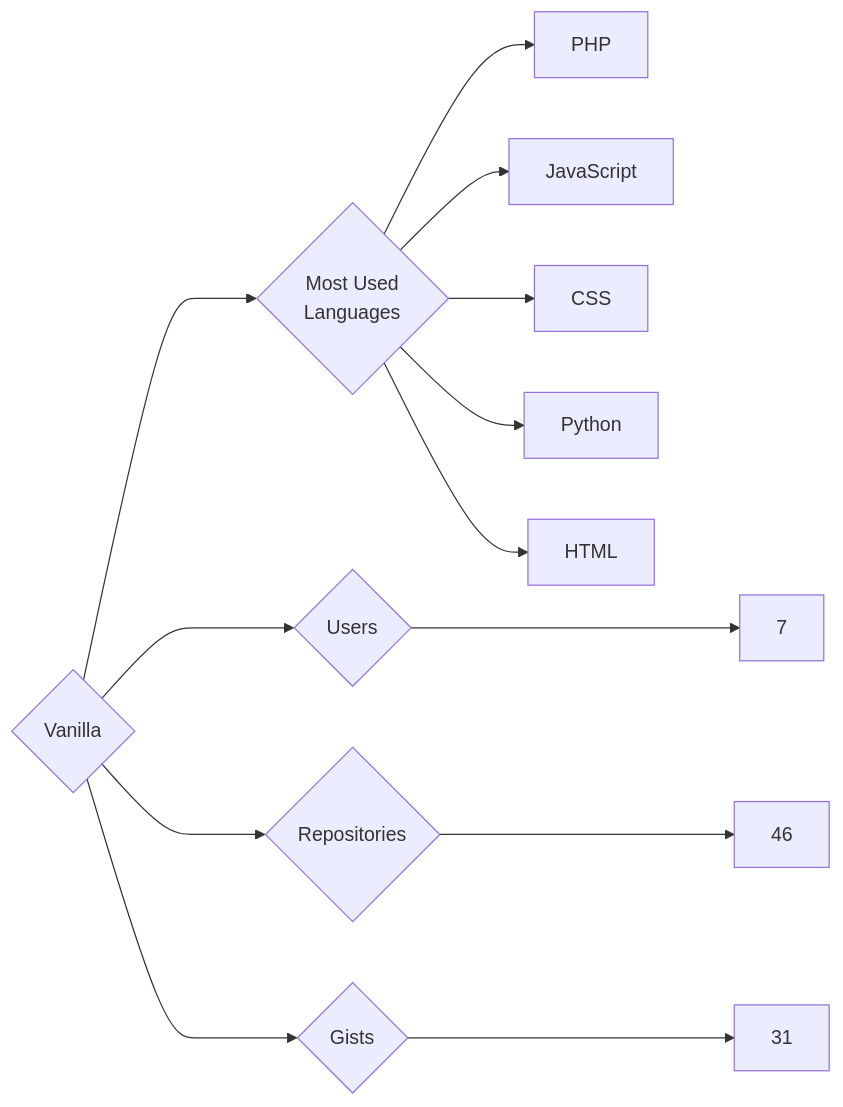
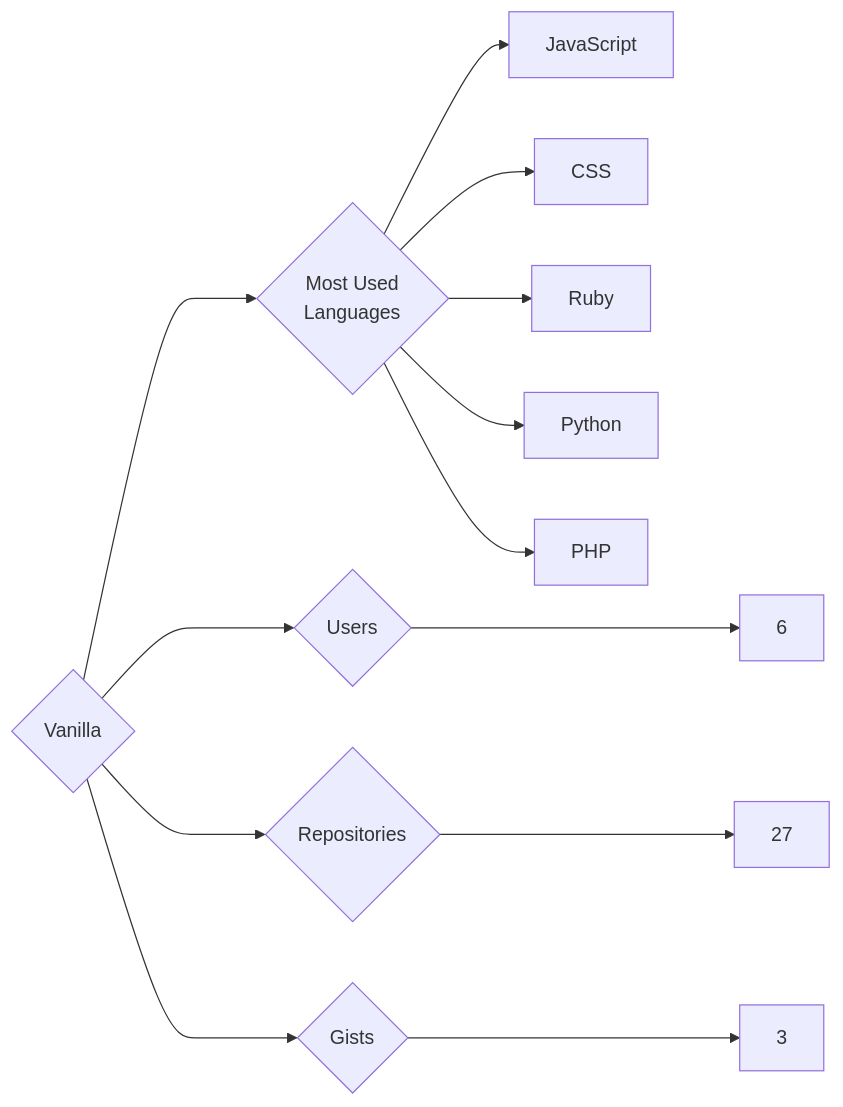
One commit to trickest/insiders changed the diagram in targets/Vanilla/README.md. Above: the diagram before and after it, drawn with Mermaid. The commit also changed 797 other files, not shown here.

````diff
--- a/targets/Vanilla/README.md
+++ b/targets/Vanilla/README.md
@@ -3,13 +3,13 @@
 ```mermaid
 graph LR
 COMPANY_NAME{Vanilla}
-COMPANY_NAME ---> U{Users} ---> UN[7]
-COMPANY_NAME ---> R{Repositories} ---> RN[46]
-COMPANY_NAME ---> G{Gists} ---> GN[31]
+COMPANY_NAME ---> U{Users} ---> UN[6]
+COMPANY_NAME ---> R{Repositories} ---> RN[27]
+COMPANY_NAME ---> G{Gists} ---> GN[3]
 COMPANY_NAME ---> ML{Most Used<br>Languages}
-ML --> PHP[PHP]
 ML --> JavaScript[JavaScript]
 ML --> CSS[CSS]
+ML --> Ruby[Ruby]
 ML --> Python[Python]
-ML --> HTML[HTML]
+ML --> PHP[PHP]
 ```
````
